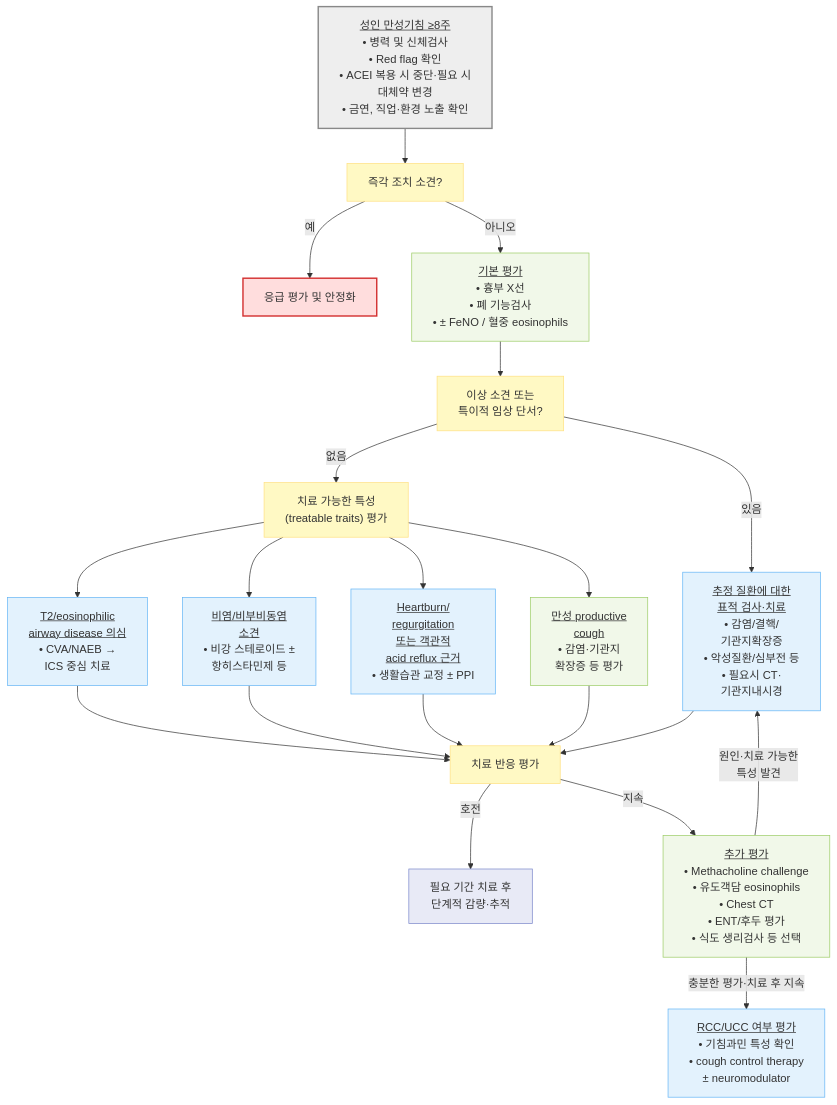
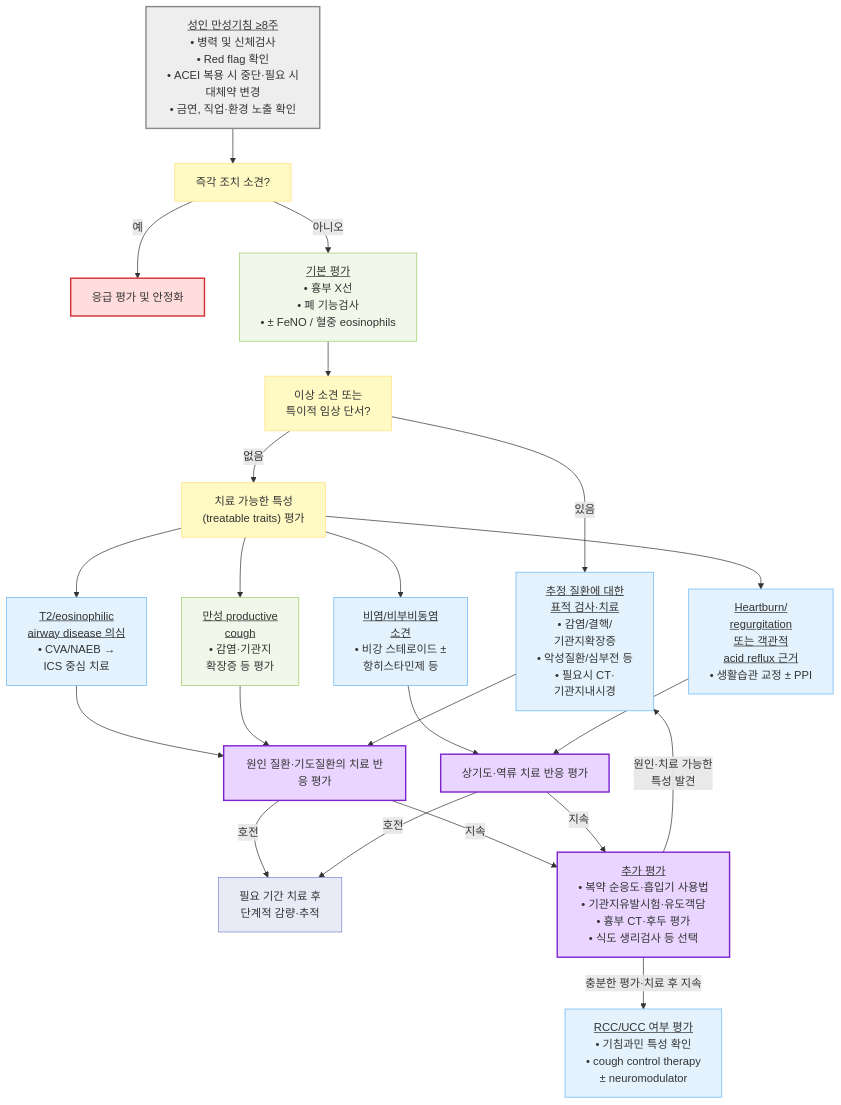
Before and after one commit to familyoh77/familyoh77: the third of 3 diagrams in 220_/006_-cough.md, drawn with Mermaid. The commit also changed other lines of this file, not shown here.

````diff
--- a/220_/006_-cough.md
+++ b/220_/006_-cough.md
@@ -302,35 +354,39 @@
 ```mermaid
 flowchart TD
     Start["<u>성인 만성기침 ≥8주</u><br/>• 병력 및 신체검사<br/>• Red flag 확인<br/>• ACEI 복용 시 중단·필요 시 <br/>대체약 변경<br/>• 금연, 직업·환경 노출 확인"]
     Start --> Urgent["즉각 조치 소견?"]
     Urgent -- "예" --> Emergency["응급 평가 및 안정화"]
     Urgent -- "아니오" --> Basic["<u>기본 평가</u><br/>• 흉부 X선<br/>• 폐 기능검사<br/>• ± FeNO / 혈중 eosinophils"]
     Basic --> Abnormal["이상 소견 또는<br/>특이적 임상 단서?"]
     Abnormal -- "있음" --> Specific["<u>추정 질환에 대한 <br/>표적 검사·치료</u><br/>• 감염/결핵/<br/>기관지확장증<br/>• 악성질환/심부전 등<br/>• 필요시 CT·<br/>기관지내시경"]
     Abnormal -- "없음" --> Traits["치료 가능한 특성<br/>(treatable traits) 평가"]
     Traits --> Eos["<u>T2/eosinophilic <br/>airway disease 의심</u><br/>• CVA/NAEB → <br/>ICS 중심 치료"]
     Traits --> Upper["<u>비염/비부비동염 <br/>소견</u><br/>• 비강 스테로이드 ± <br/>항히스타민제 등"]
     Traits --> Reflux["<u>Heartburn/<br/>regurgitation <br/>또는 객관적 <br/>acid reflux 근거</u><br/>• 생활습관 교정 ± PPI"]
     Traits --> Productive["<u>만성 productive <br/>cough</u><br/>• 감염·기관지<br/>확장증 등 평가"]
-    Eos --> FU["치료 반응 평가"]
-    Upper --> FU
-    Reflux --> FU
+    Eos --> FU["원인 질환·기도질환의 치료 반응 평가"]
     Productive --> FU
     Specific --> FU
+    Upper --> FUUpper["상기도·역류 치료 반응 평가"]
+    Reflux --> FUUpper
     FU -- "호전" --> Maintain["필요 기간 치료 후<br/>단계적 감량·추적"]
-    FU -- "지속" --> Add["<u>추가 평가</u><br/>• Methacholine challenge<br/>• 유도객담 eosinophils<br/>• Chest CT<br/>• ENT/후두 평가<br/>• 식도 생리검사 등 선택"]
+    FUUpper -- "호전" --> Maintain
+    FU -- "지속" --> Add["<u>추가 평가</u><br/>• 복약 순응도·흡입기 사용법<br/>• 기관지유발시험·유도객담<br/>• 흉부 CT·후두 평가<br/>• 식도 생리검사 등 선택"]
+    FUUpper -- "지속" --> Add
     Add -- "원인·치료 가능한 <br/>특성 발견" --> Specific
     Add -- "충분한 평가·치료 후 지속" --> RCC["<u>RCC/UCC 여부 평가</u><br/>• 기침과민 특성 확인<br/>• cough control therapy <br/>± neuromodulator"]
     classDef start fill:#eeeeee,stroke:#888888,stroke-width:2px
     classDef question fill:#fff9c4,stroke:#ffe082
     classDef emergency fill:#ffdddd,stroke:#d32f2f,stroke-width:2px
     classDef evaluation fill:#f1f8e9,stroke:#9ccc65
     classDef treatment fill:#e3f2fd,stroke:#64b5f6
     classDef followup fill:#e8eaf6,stroke:#7986cb
     class Start start
-    class Urgent,Abnormal,Traits,FU question
+    class Urgent,Abnormal,Traits,FU,FUUpper question
     class Emergency emergency
     class Basic,Productive,Add evaluation
     class Specific,Eos,Upper,Reflux,RCC treatment
     class Maintain followup
+    classDef revised fill:#e9d5ff,stroke:#7e22ce,stroke-width:2px
+    class FU,FUUpper,Add revised
 ```
````
